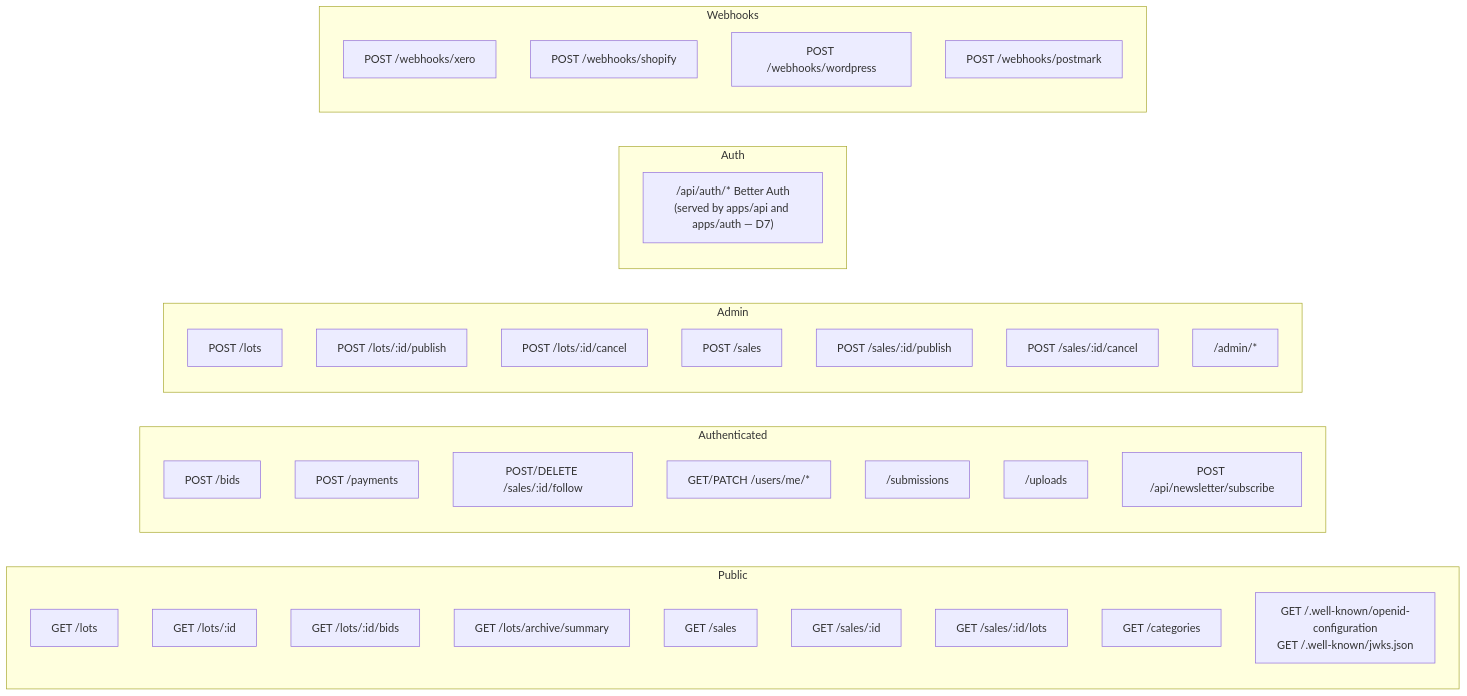
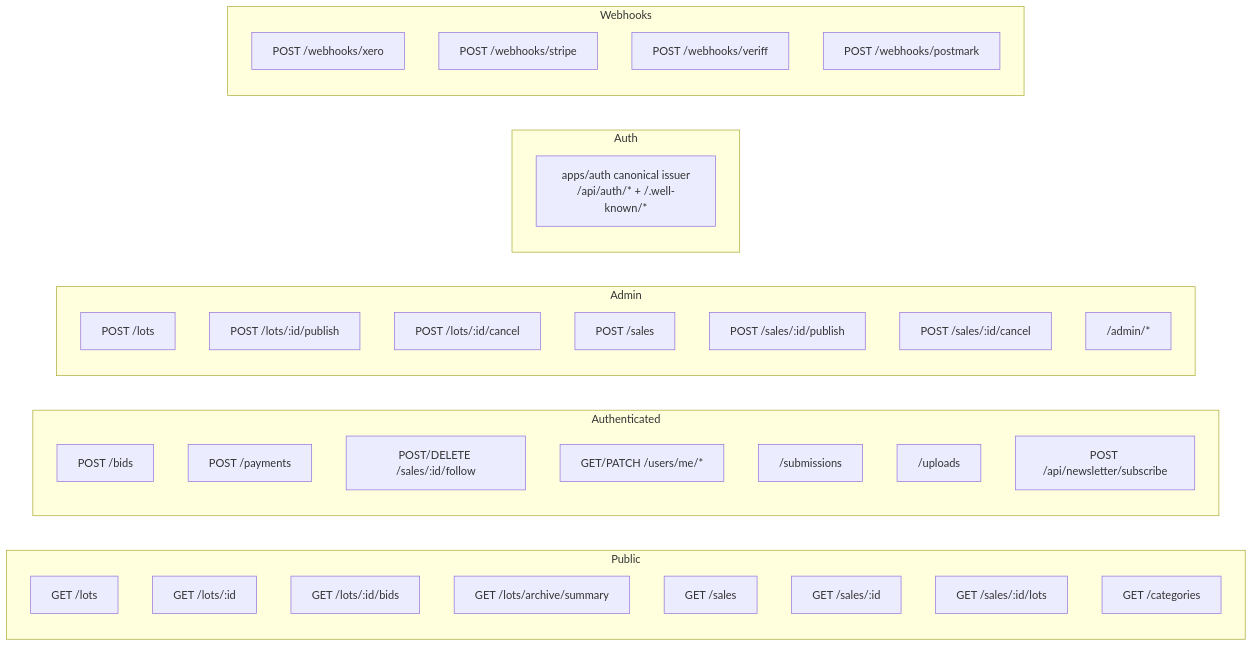
Before and after one commit to LAX-UK/monorepo: the eighth of 8 diagrams in docs/DIAGRAMS.md, drawn with Mermaid. The commit also changed other lines of this file and 611 other files, not shown here.

````diff
--- a/docs/DIAGRAMS.md
+++ b/docs/DIAGRAMS.md
@@ -278,45 +281,44 @@
 ```mermaid
 flowchart LR
     subgraph Public
         L1["GET /lots"]
         L2["GET /lots/:id"]
         L3["GET /lots/:id/bids"]
         L4["GET /lots/archive/summary"]
         S1["GET /sales"]
         S2["GET /sales/:id"]
         S3["GET /sales/:id/lots"]
         C1["GET /categories"]
-        WK["GET /.well-known/openid-configuration<br/>GET /.well-known/jwks.json"]
     end
 
     subgraph Authenticated
         B1["POST /bids"]
         P1["POST /payments"]
         SF1["POST/DELETE /sales/:id/follow"]
         U1["GET/PATCH /users/me/*"]
         SUB1["/submissions"]
         UPL["/uploads"]
         NL["POST /api/newsletter/subscribe"]
     end
 
     subgraph Admin
         A1["POST /lots"]
         A2["POST /lots/:id/publish"]
         A3["POST /lots/:id/cancel"]
         A4["POST /sales"]
         A5["POST /sales/:id/publish"]
         A6["POST /sales/:id/cancel"]
         A7["/admin/*"]
     end
 
     subgraph Auth
-        AUTH["/api/auth/* Better Auth<br/>(served by apps/api and apps/auth — D7)"]
+        AUTH["apps/auth canonical issuer<br/>/api/auth/* + /.well-known/*"]
     end
 
     subgraph Webhooks
         WHX["POST /webhooks/xero"]
-        WHS["POST /webhooks/shopify"]
-        WHW["POST /webhooks/wordpress"]
+        WHS["POST /webhooks/stripe"]
+        WHV["POST /webhooks/veriff"]
         WHP["POST /webhooks/postmark"]
     end
 ```
````
